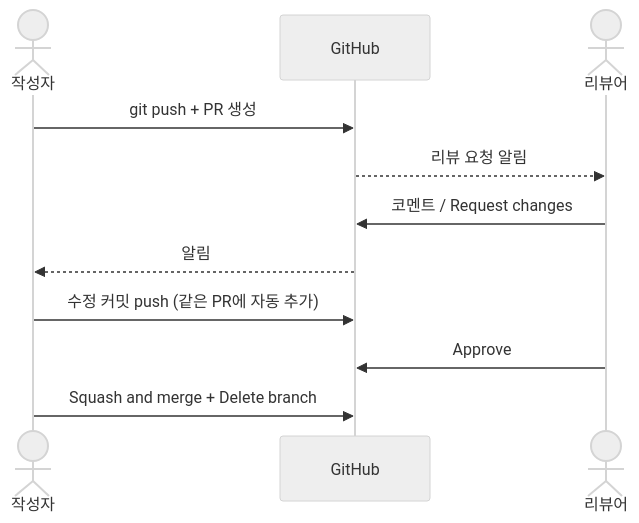
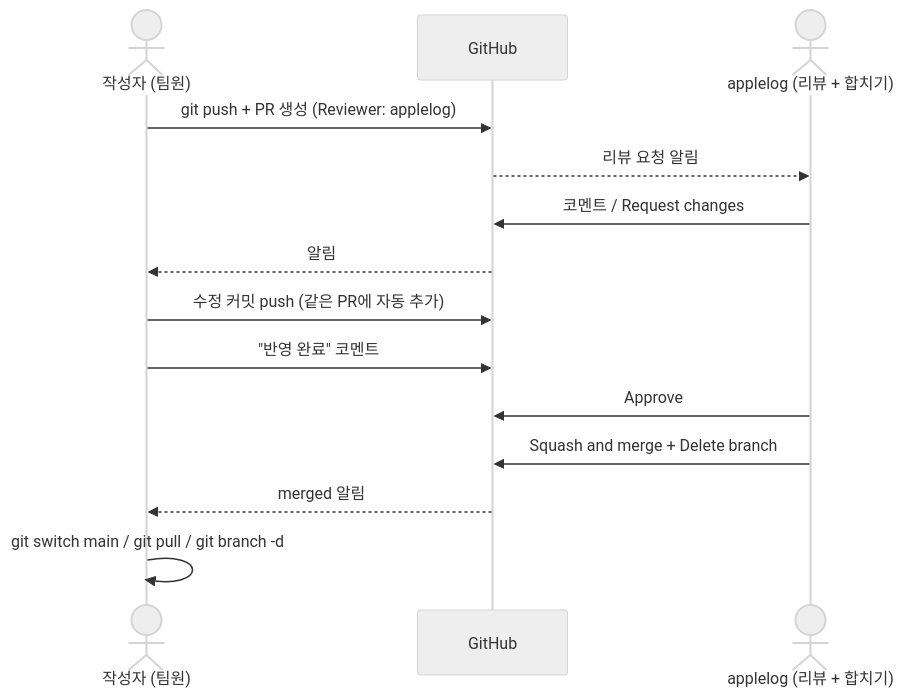
The third of 3 diagrams in 협업가이드.md (applelog/fashion-mnist-optimization-team-project), drawn with Mermaid (neutral theme) before and after one commit. The commit also changed other lines of this file and 2 other files, not shown here.

First line of the commit message:
합치기(Merge)는 applelog만 하도록 협업 규칙 반영

````diff
--- a/협업가이드.md
+++ b/협업가이드.md
@@ -479,13 +494,16 @@
 ```mermaid
 sequenceDiagram
-    actor 작성자
+    actor 작성자 as 작성자 (팀원)
     participant GH as GitHub
-    actor 리뷰어
-    작성자->>GH: git push + PR 생성
-    GH-->>리뷰어: 리뷰 요청 알림
-    리뷰어->>GH: 코멘트 / Request changes
+    actor 관리자 as applelog (리뷰 + 합치기)
+    작성자->>GH: git push + PR 생성 (Reviewer: applelog)
+    GH-->>관리자: 리뷰 요청 알림
+    관리자->>GH: 코멘트 / Request changes
     GH-->>작성자: 알림
     작성자->>GH: 수정 커밋 push (같은 PR에 자동 추가)
-    리뷰어->>GH: Approve
-    작성자->>GH: Squash and merge + Delete branch
+    작성자->>GH: "반영 완료" 코멘트
+    관리자->>GH: Approve
+    관리자->>GH: Squash and merge + Delete branch
+    GH-->>작성자: merged 알림
+    작성자->>작성자: git switch main / git pull / git branch -d
 ```
````
